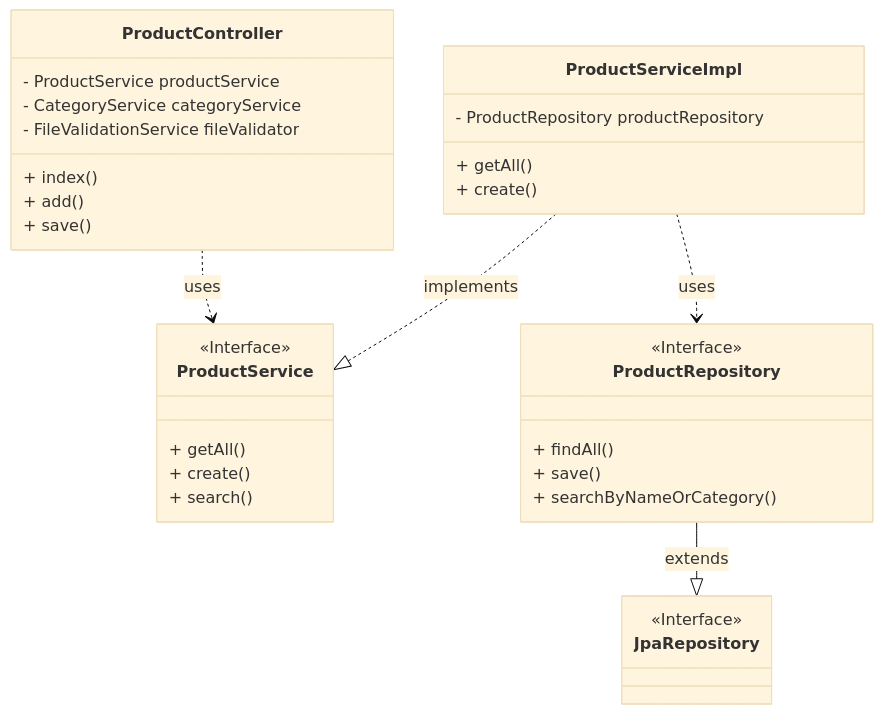
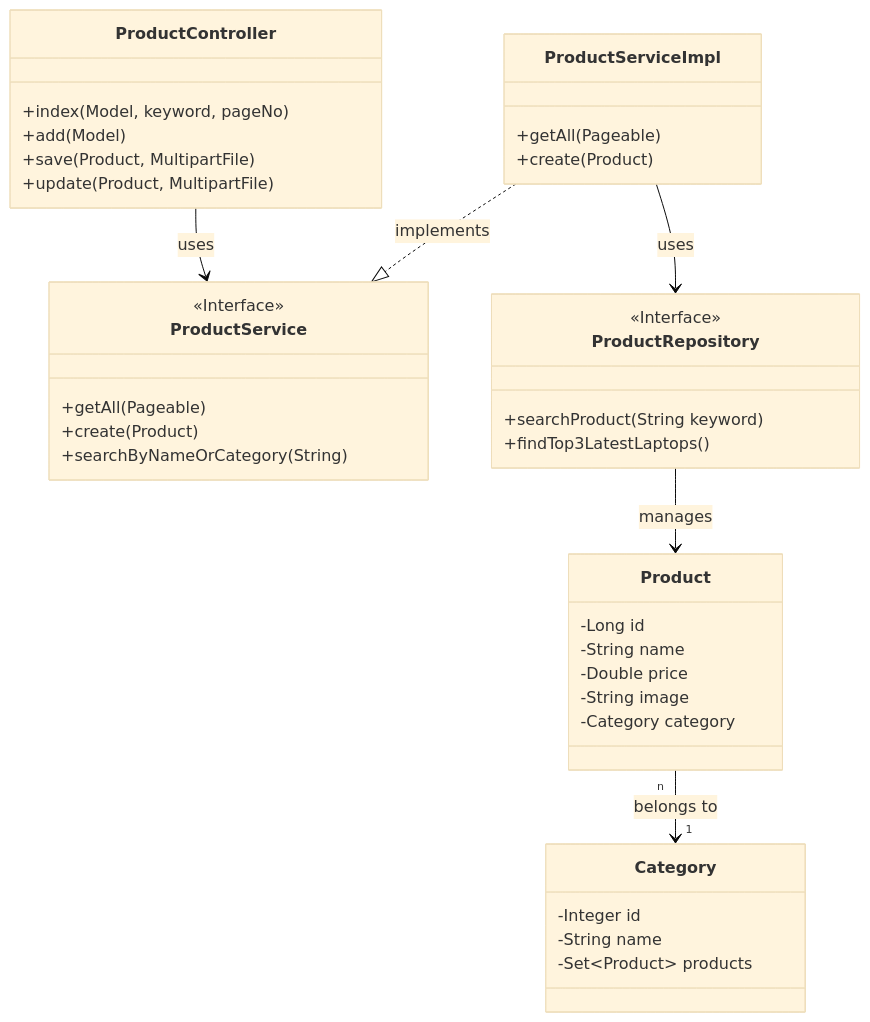
Before and after one commit to manhnx05/SA25-26_ClassN02_Group09: the second of 5 diagrams in SRC/README.md, drawn with Mermaid (base theme). The commit also changed other lines of this file, not shown here.

Commit message:
Docs: Update README.md with comprehensive Lab 2 architectural report (ERD, Sequence Diagrams)

````diff
--- a/SRC/README.md
+++ b/SRC/README.md
@@ -211,40 +69,47 @@
 ```mermaid
 classDiagram
     class ProductController {
-        - ProductService productService
-        - CategoryService categoryService
-        - FileValidationService fileValidator
-        + index()
-        + add()
-        + save()
+        +index(Model, keyword, pageNo)
+        +add(Model)
+        +save(Product, MultipartFile)
+        +update(Product, MultipartFile)
     }
 
     class ProductService {
         <<Interface>>
-        + getAll()
-        + create()
-        + search()
+        +getAll(Pageable)
+        +create(Product)
+        +searchByNameOrCategory(String)
     }
 
     class ProductServiceImpl {
-        - ProductRepository productRepository
-        + getAll()
-        + create()
+        +getAll(Pageable)
+        +create(Product)
     }
 
     class ProductRepository {
         <<Interface>>
-        + findAll()
-        + save()
-        + searchByNameOrCategory()
+        +searchProduct(String keyword)
+        +findTop3LatestLaptops()
     }
 
-    class JpaRepository {
-        <<Interface>>
+    class Product {
+        -Long id
+        -String name
+        -Double price
+        -String image
+        -Category category
+    }
+    
+    class Category {
+        -Integer id
+        -String name
+        -Set~Product~ products
     }
 
-    ProductController ..> ProductService : uses
+    ProductController --> ProductService : uses
     ProductServiceImpl ..|> ProductService : implements
-    ProductServiceImpl ..> ProductRepository : uses
-    ProductRepository --|> JpaRepository : extends
+    ProductServiceImpl --> ProductRepository : uses
+    ProductRepository --> Product : manages
+    Product "n" --> "1" Category : belongs to
 ```
````
